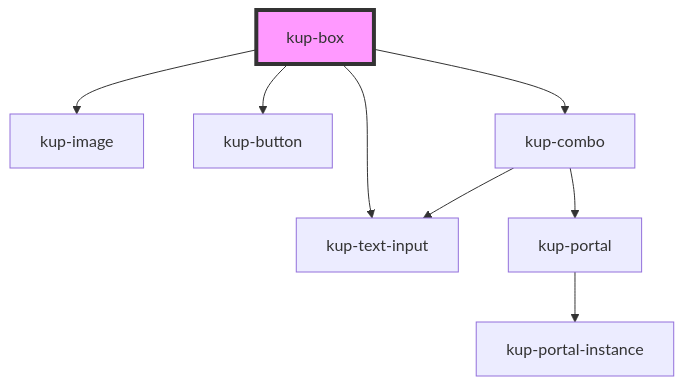
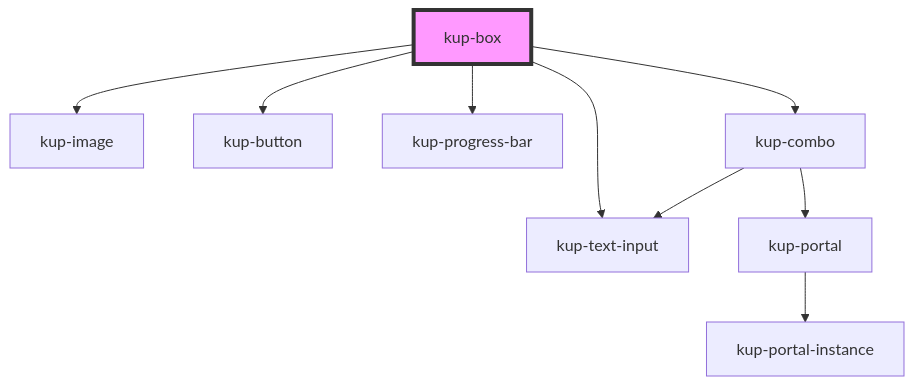
The diagram in packages/ketchup/src/components/kup-box/readme.md (smeup/ketchup), drawn with Mermaid before and after one commit. The commit also changed other lines of this file and 10 other files, not shown here.

````diff
--- a/packages/ketchup/src/components/kup-box/readme.md
+++ b/packages/ketchup/src/components/kup-box/readme.md
@@ -57,11 +58,12 @@
 ```mermaid
 graph TD;
   kup-box --> kup-image
   kup-box --> kup-button
+  kup-box --> kup-progress-bar
   kup-box --> kup-combo
   kup-box --> kup-text-input
   kup-combo --> kup-text-input
   kup-combo --> kup-portal
   kup-portal --> kup-portal-instance
   style kup-box fill:#f9f,stroke:#333,stroke-width:4px
 ```
````
